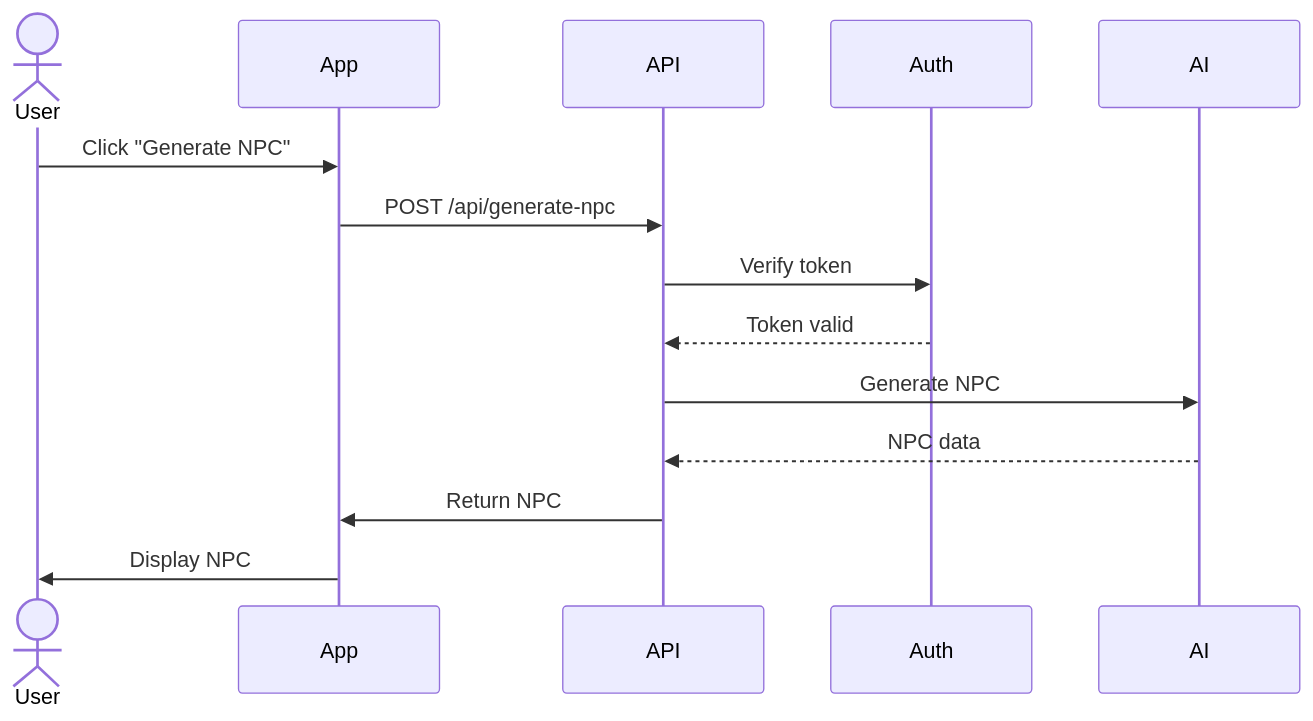
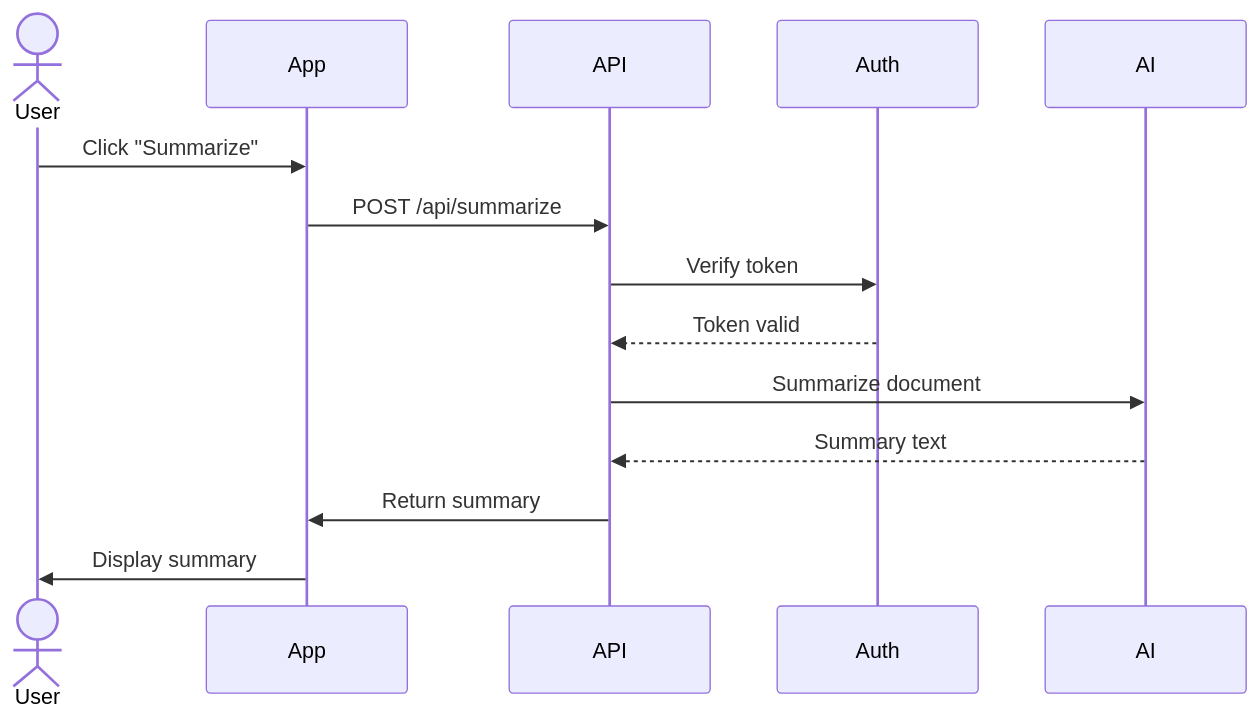
One commit to stylusnexus/agent-plugins changed the third of 8 diagrams in plugins/codebase-intel/skills/codebase-architecture-scanner/SKILL.md. Above: the diagram before and after it, drawn with Mermaid. The commit also changed other lines of this file and 36 other files, not shown here.

````diff
--- a/plugins/codebase-intel/skills/codebase-architecture-scanner/SKILL.md
+++ b/plugins/codebase-intel/skills/codebase-architecture-scanner/SKILL.md
@@ -163,17 +163,17 @@
    ```mermaid
    sequenceDiagram
        actor User
        participant App
        participant API
        participant Auth
        participant AI
 
-       User->>App: Click "Generate NPC"
-       App->>API: POST /api/generate-npc
+       User->>App: Click "Summarize"
+       App->>API: POST /api/summarize
        API->>Auth: Verify token
        Auth-->>API: Token valid
-       API->>AI: Generate NPC
-       AI-->>API: NPC data
-       API->>App: Return NPC
-       App->>User: Display NPC
+       API->>AI: Summarize document
+       AI-->>API: Summary text
+       API->>App: Return summary
+       App->>User: Display summary
    ```
````
